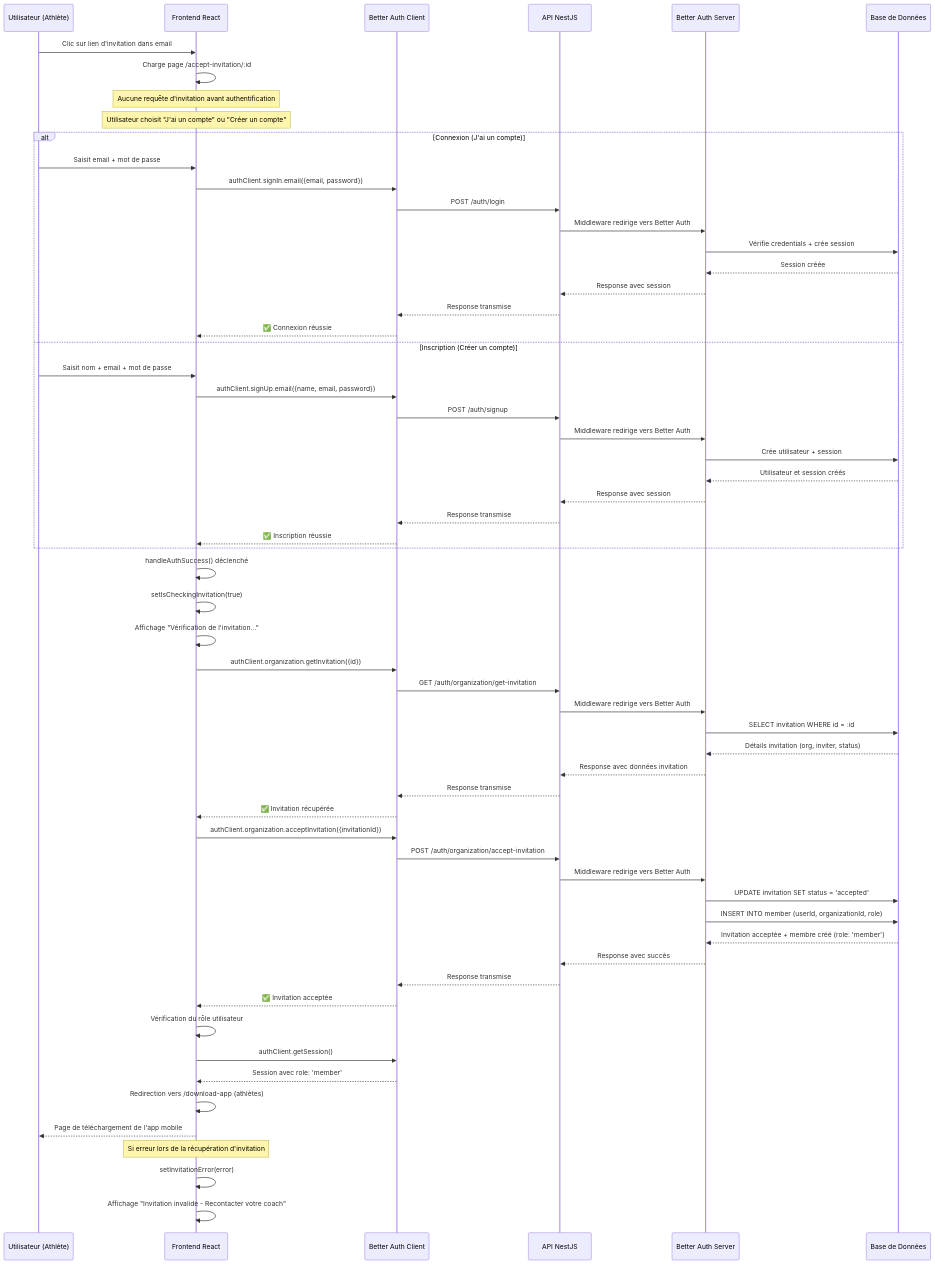
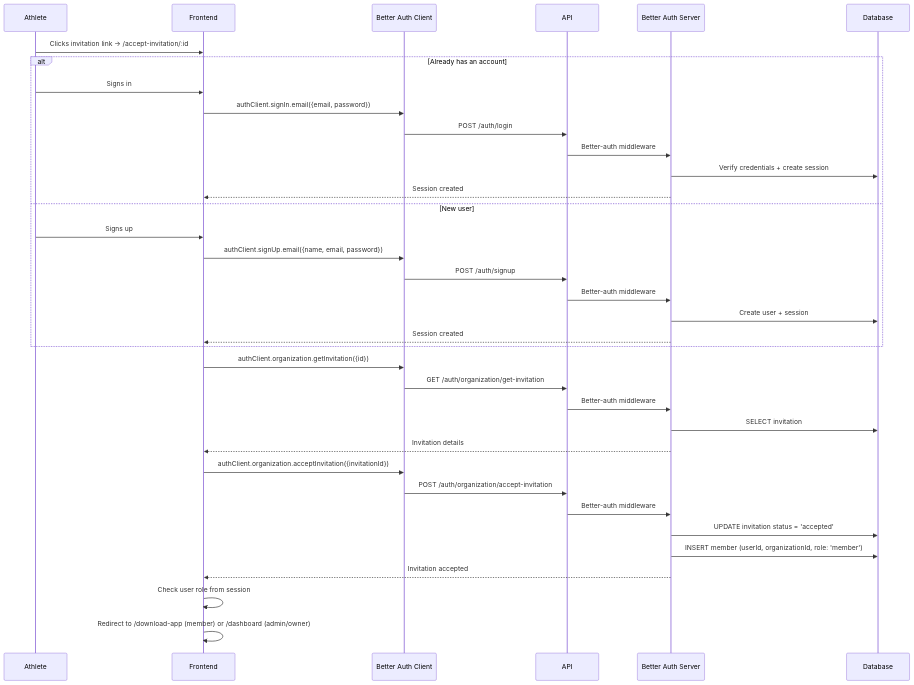
One commit to Netsbump/dropit changed the second of 2 diagrams in apps/api/src/modules/auth/README-organization-onboarding.md. Above: the diagram before and after it, drawn with Mermaid. The commit also changed other lines of this file and 30 other files, not shown here.

First line of the commit message:
♻️ refactor(api): move MikroORM config, simplify auth, and anglicize codebase

````diff
--- a/apps/api/src/modules/auth/README-organization-onboarding.md
+++ b/apps/api/src/modules/auth/README-organization-onboarding.md
@@ -130,74 +66,43 @@
 ```mermaid
 sequenceDiagram
-    participant U as Utilisateur (Athlète)
-    participant F as Frontend React
-    participant BA as Better Auth Client
-    participant API as API NestJS
+    participant Athlete as Athlete
+    participant F as Frontend
+    participant BA_C as Better Auth Client
+    participant API as API
     participant BA_S as Better Auth Server
-    participant DB as Base de Données
+    participant DB as Database
 
-    U->>F: Clic sur lien d'invitation dans email
-    F->>F: Charge page /accept-invitation/:id
-    
-    Note over F: Aucune requête d'invitation avant authentification
-    
-    Note over F: Utilisateur choisit "J'ai un compte" ou "Créer un compte"
-    
-    alt Connexion (J'ai un compte)
-        U->>F: Saisit email + mot de passe
-        F->>BA: authClient.signIn.email({email, password})
-        BA->>API: POST /auth/login
-        API->>BA_S: Middleware redirige vers Better Auth
-        BA_S->>DB: Vérifie credentials + crée session
-        DB-->>BA_S: Session créée
-        BA_S-->>API: Response avec session
-        API-->>BA: Response transmise
-        BA-->>F: ✅ Connexion réussie
-    else Inscription (Créer un compte)
-        U->>F: Saisit nom + email + mot de passe
-        F->>BA: authClient.signUp.email({name, email, password})
-        BA->>API: POST /auth/signup
-        API->>BA_S: Middleware redirige vers Better Auth
-        BA_S->>DB: Crée utilisateur + session
-        DB-->>BA_S: Utilisateur et session créés
-        BA_S-->>API: Response avec session
-        API-->>BA: Response transmise
-        BA-->>F: ✅ Inscription réussie
+    Athlete->>F: Clicks invitation link → /accept-invitation/:id
+
+    alt Already has an account
+        Athlete->>F: Signs in
+        F->>BA_C: authClient.signIn.email({email, password})
+        BA_C->>API: POST /auth/login
+        API->>BA_S: Better-auth middleware
+        BA_S->>DB: Verify credentials + create session
+        BA_S-->>F: Session created
+    else New user
+        Athlete->>F: Signs up
+        F->>BA_C: authClient.signUp.email({name, email, password})
+        BA_C->>API: POST /auth/signup
+        API->>BA_S: Better-auth middleware
+        BA_S->>DB: Create user + session
+        BA_S-->>F: Session created
     end
-    
-    F->>F: handleAuthSuccess() déclenché
-    F->>F: setIsCheckingInvitation(true)
-    F->>F: Affichage "Vérification de l'invitation..."
-    
-    F->>BA: authClient.organization.getInvitation({id})
-    BA->>API: GET /auth/organization/get-invitation
-    
-    API->>BA_S: Middleware redirige vers Better Auth
-    BA_S->>DB: SELECT invitation WHERE id = :id
-    DB-->>BA_S: Détails invitation (org, inviter, status)
-    BA_S-->>API: Response avec données invitation
-    API-->>BA: Response transmise
-    BA-->>F: ✅ Invitation récupérée
-    
-    F->>BA: authClient.organization.acceptInvitation({invitationId})
-    BA->>API: POST /auth/organization/accept-invitation
-    
-    API->>BA_S: Middleware redirige vers Better Auth
-    BA_S->>DB: UPDATE invitation SET status = 'accepted'
-    BA_S->>DB: INSERT INTO member (userId, organizationId, role)
-    DB-->>BA_S: Invitation acceptée + membre créé (role: 'member')
-    BA_S-->>API: Response avec succès
-    API-->>BA: Response transmise
-    BA-->>F: ✅ Invitation acceptée
-    
-    F->>F: Vérification du rôle utilisateur
-    F->>BA: authClient.getSession()
-    BA-->>F: Session avec role: 'member'
-    
-    F->>F: Redirection vers /download-app (athlètes)
-    F-->>U: Page de téléchargement de l'app mobile
-    
-    Note over F: Si erreur lors de la récupération d'invitation
-    F->>F: setInvitationError(error)
-    F->>F: Affichage "Invitation invalide - Recontacter votre coach"
+
+    F->>BA_C: authClient.organization.getInvitation({id})
+    BA_C->>API: GET /auth/organization/get-invitation
+    API->>BA_S: Better-auth middleware
+    BA_S->>DB: SELECT invitation
+    BA_S-->>F: Invitation details
+
+    F->>BA_C: authClient.organization.acceptInvitation({invitationId})
+    BA_C->>API: POST /auth/organization/accept-invitation
+    API->>BA_S: Better-auth middleware
+    BA_S->>DB: UPDATE invitation status = 'accepted'
+    BA_S->>DB: INSERT member (userId, organizationId, role: 'member')
+    BA_S-->>F: Invitation accepted
+
+    F->>F: Check user role from session
+    F->>F: Redirect to /download-app (member) or /dashboard (admin/owner)
 ```
````
